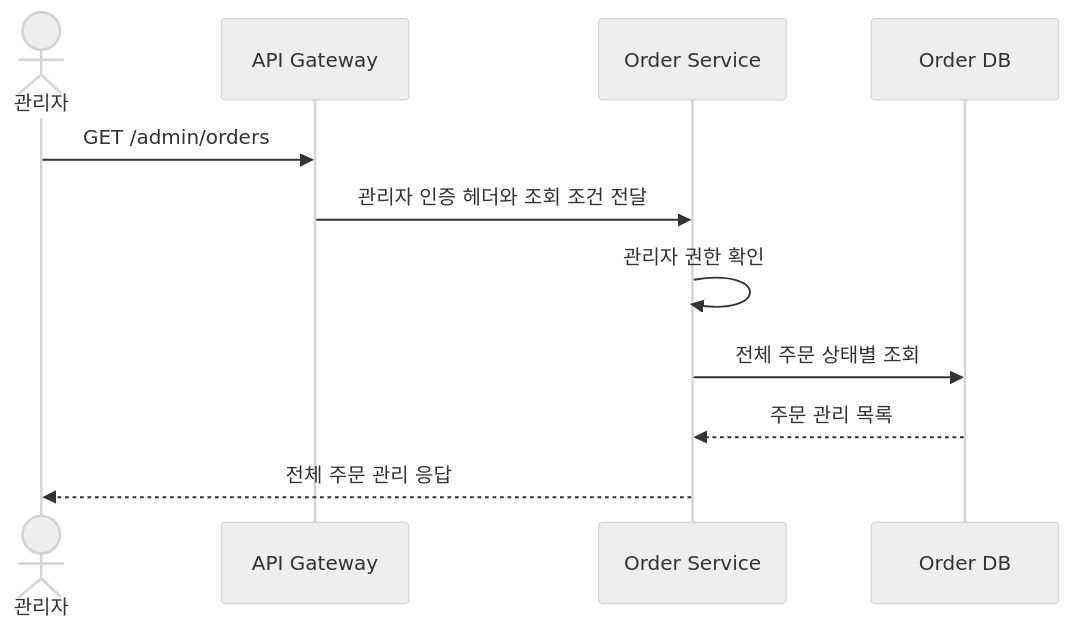
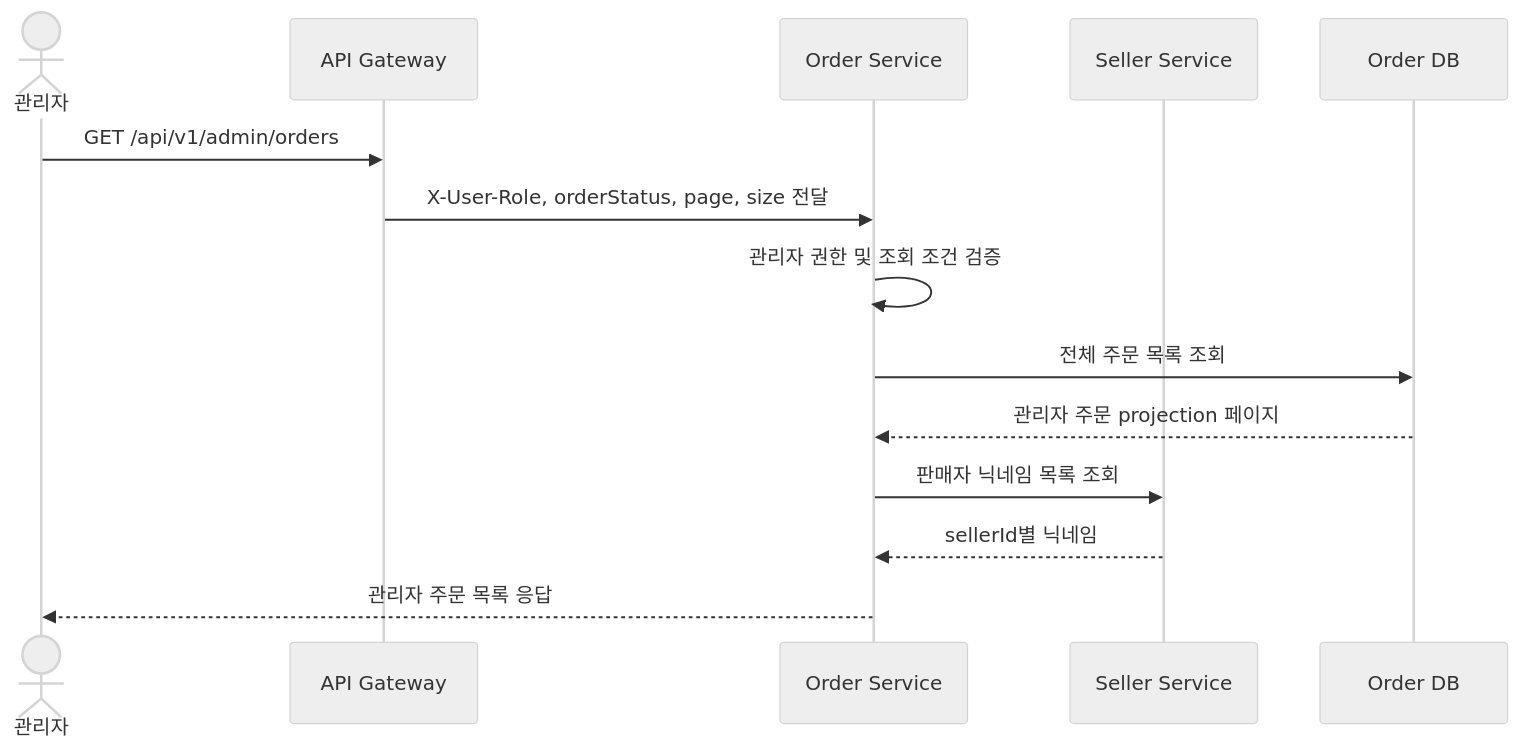
One commit to prgrms-be-adv-devcourse/beadv6_6_3JMT_BE changed the tenth of 15 diagrams in docs/architecture/order-usecase-detail.md. Above: the diagram before and after it, drawn with Mermaid (neutral theme). The commit also changed other lines of this file and 3 other files, not shown here.

Commit message:
docs: order-service 문서 현행화

````diff
--- a/docs/architecture/order-usecase-detail.md
+++ b/docs/architecture/order-usecase-detail.md
@@ -410,14 +325,17 @@
 ```mermaid
 sequenceDiagram
     actor Admin as 관리자
     participant Gateway as API Gateway
     participant Order as Order Service
+    participant Seller as Seller Service
     participant DB as Order DB
 
-    Admin->>Gateway: GET /admin/orders
-    Gateway->>Order: 관리자 인증 헤더와 조회 조건 전달
-    Order->>Order: 관리자 권한 확인
-    Order->>DB: 전체 주문 상태별 조회
-    DB-->>Order: 주문 관리 목록
-    Order-->>Admin: 전체 주문 관리 응답
+    Admin->>Gateway: GET /api/v1/admin/orders
+    Gateway->>Order: X-User-Role, orderStatus, page, size 전달
+    Order->>Order: 관리자 권한 및 조회 조건 검증
+    Order->>DB: 전체 주문 목록 조회
+    DB-->>Order: 관리자 주문 projection 페이지
+    Order->>Seller: 판매자 닉네임 목록 조회
+    Seller-->>Order: sellerId별 닉네임
+    Order-->>Admin: 관리자 주문 목록 응답
 ```
````
